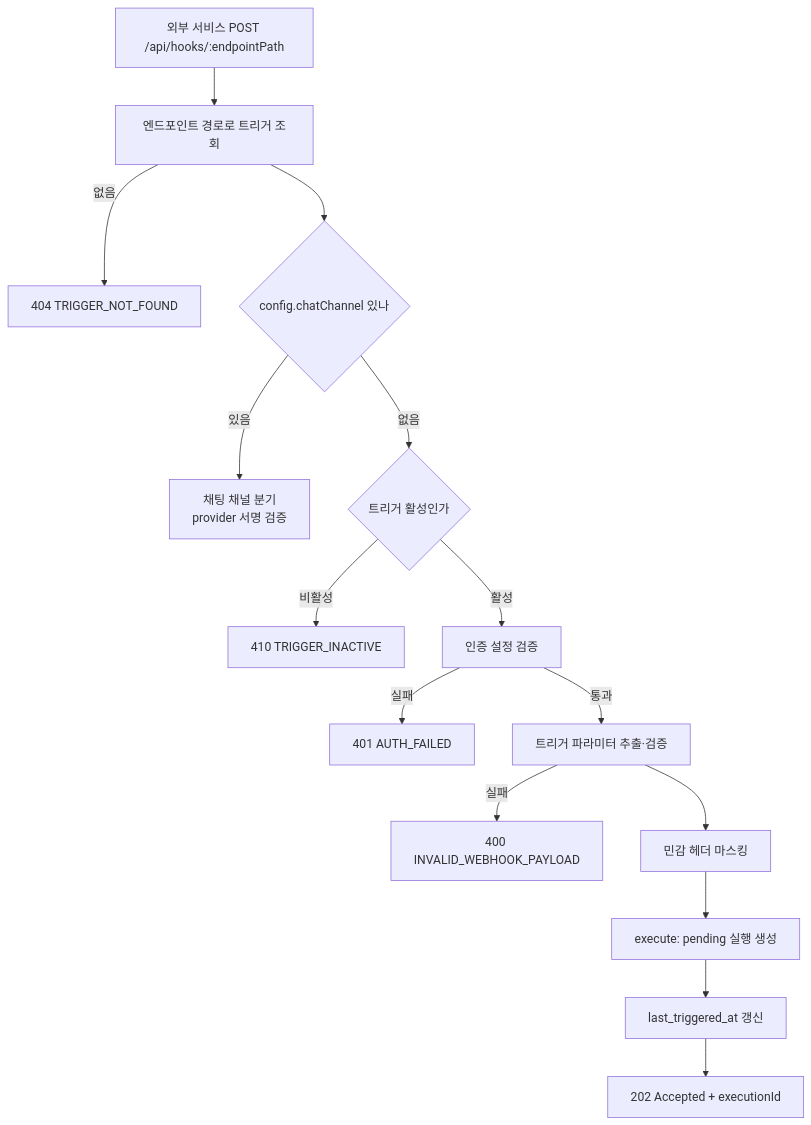
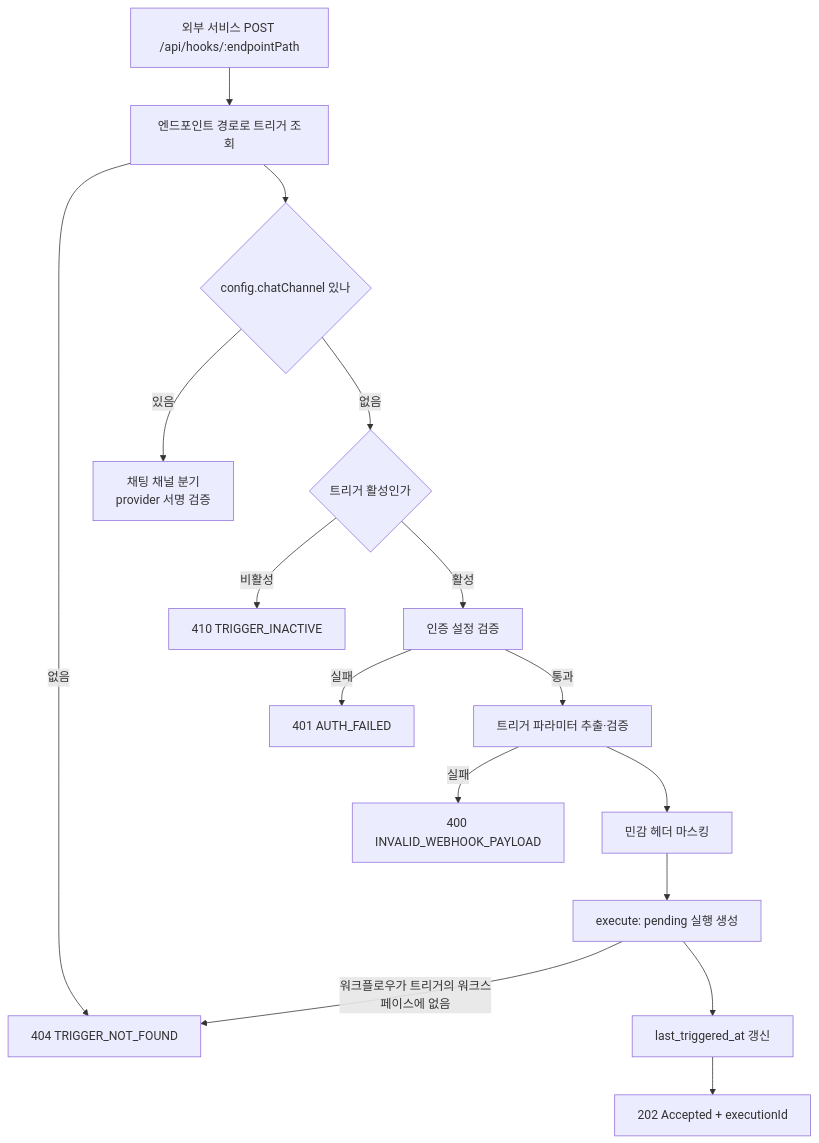
One commit to worker-ants/clemvion changed the diagram in spec/CLE-TRIG/CLE-TRIG-WEBHOOK.md. Above: the diagram before and after it, drawn with Mermaid. The commit also changed other lines of this file and 31 other files, not shown here.

First line of the commit message:
저장된 트리거 · 스케줄이 다른 워크스페이스의 워크플로우를 실행하지 못하게 한다 (CLE-T-XYR067) (#1495)

````diff
--- a/spec/CLE-TRIG/CLE-TRIG-WEBHOOK.md
+++ b/spec/CLE-TRIG/CLE-TRIG-WEBHOOK.md
@@ -98,17 +99,18 @@
 ```mermaid
 flowchart TD
     A[외부 서비스 POST /api/hooks/:endpointPath] --> B[엔드포인트 경로로 트리거 조회]
     B -- 없음 --> X1[404 TRIGGER_NOT_FOUND]
     B --> C{config.chatChannel 있나}
     C -- 있음 --> CH[채팅 채널 분기<br/>provider 서명 검증]
     C -- 없음 --> D{트리거 활성인가}
     D -- 비활성 --> X2[410 TRIGGER_INACTIVE]
     D -- 활성 --> E[인증 설정 검증]
     E -- 실패 --> X3[401 AUTH_FAILED]
     E -- 통과 --> F[트리거 파라미터 추출·검증]
     F -- 실패 --> X4[400 INVALID_WEBHOOK_PAYLOAD]
     F --> G[민감 헤더 마스킹]
     G --> H[execute: pending 실행 생성]
+    H -- 워크플로우가 트리거의 워크스페이스에 없음 --> X1
     H --> I[last_triggered_at 갱신]
     I --> J[202 Accepted + executionId]
 ```
````
